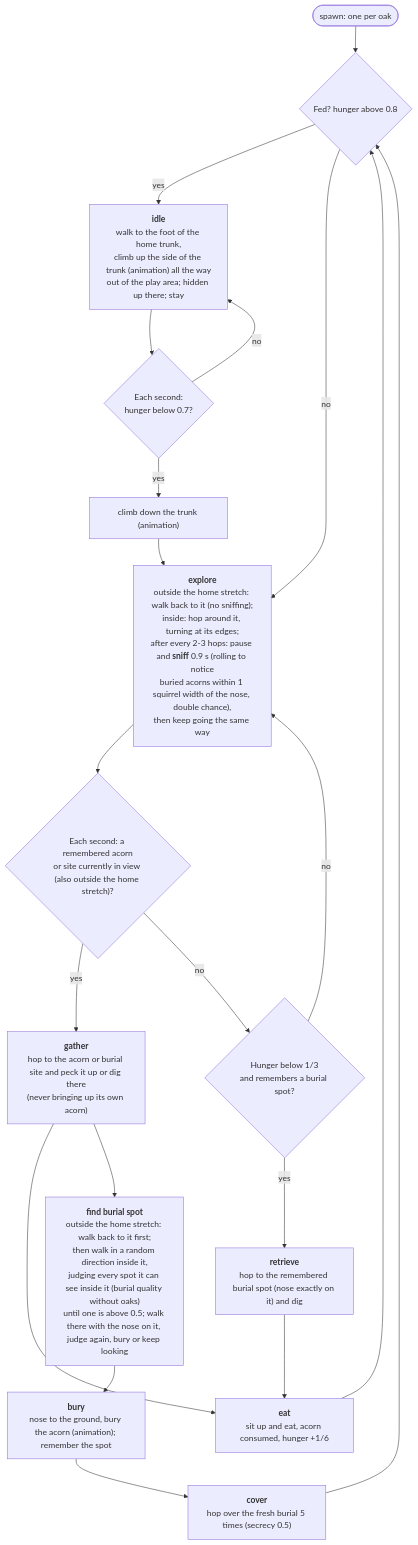
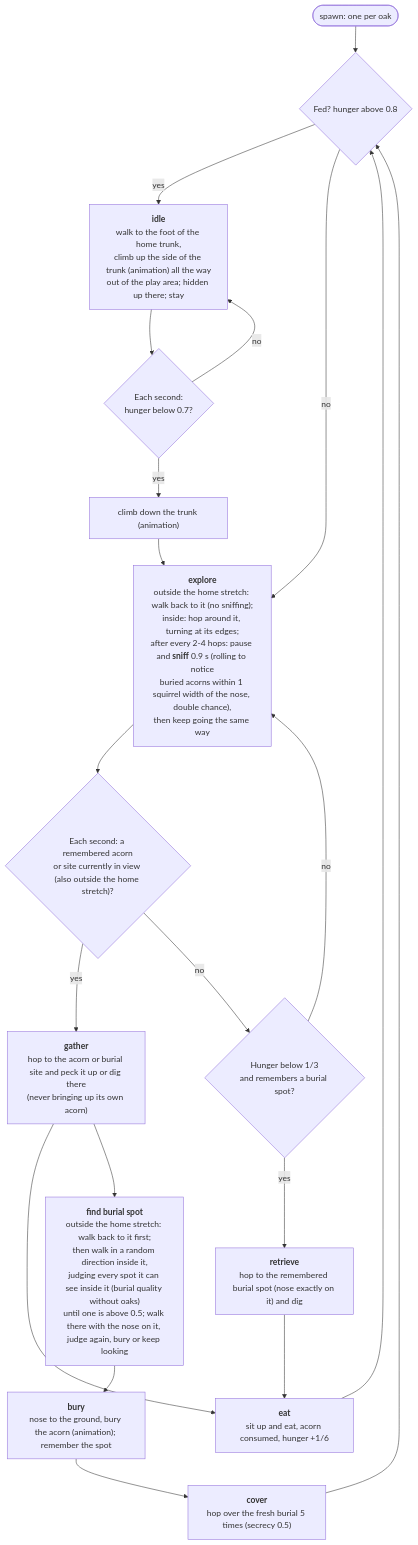
The diagram in SQUIRREL_STATE_MACHINE.md (adam-kosinski/Blue-Jay-Acorns), drawn with Mermaid before and after one commit. The commit also changed other lines of this file and 2 other files, not shown here.

Commit message:
Sync squirrel sniff interval from the worktree

````diff
--- a/SQUIRREL_STATE_MACHINE.md
+++ b/SQUIRREL_STATE_MACHINE.md
@@ -26,34 +26,34 @@
 ```mermaid
 flowchart TD
     START([spawn: one per oak]) --> rest
 
     rest{"Fed? hunger above 0.8"}
     rest -- "yes" --> idle
     rest -- "no" --> explore
 
     idle["<b>idle</b><br/>walk to the foot of the home trunk,<br/>climb up the side of the trunk (animation) all the way<br/>out of the play area; hidden up there; stay"]
     idle --> hungry{"Each second:<br/>hunger below 0.7?"}
     hungry -- "yes" --> down["climb down the trunk (animation)"]
     down --> explore
     hungry -- "no" --> idle
 
-    explore["<b>explore</b><br/>outside the home stretch: walk back to it (no sniffing);<br/>inside: hop around it, turning at its edges;<br/>after every 2-3 hops: pause and <b>sniff</b> 0.9 s (rolling to notice<br/>buried acorns within 1 squirrel width of the nose, double chance),<br/>then keep going the same way"]
+    explore["<b>explore</b><br/>outside the home stretch: walk back to it (no sniffing);<br/>inside: hop around it, turning at its edges;<br/>after every 2-4 hops: pause and <b>sniff</b> 0.9 s (rolling to notice<br/>buried acorns within 1 squirrel width of the nose, double chance),<br/>then keep going the same way"]
     explore --> sees{"Each second: a remembered acorn<br/>or site currently in view (also outside the home stretch)?"}
     sees -- "yes" --> gather
     sees -- "no" --> starving{"Hunger below 1/3<br/>and remembers a burial spot?"}
     starving -- "yes" --> retrieve
     starving -- "no" --> explore
 
     retrieve["<b>retrieve</b><br/>hop to the remembered burial spot (nose exactly on it) and dig"]
     gather["<b>gather</b><br/>hop to the acorn or burial site and peck it up or dig there<br/>(never bringing up its own acorn)"]
     eat["<b>eat</b><br/>sit up and eat, acorn consumed, hunger +1/6"]
     find["<b>find burial spot</b><br/>outside the home stretch: walk back to it first;<br/>then walk in a random direction inside it,<br/>judging every spot it can see inside it (burial quality without oaks)<br/>until one is above 0.5; walk there with the nose on it, judge again, bury or keep looking"]
     bury["<b>bury</b><br/>nose to the ground, bury the acorn (animation); remember the spot"]
     cover["<b>cover</b><br/>hop over the fresh burial 5 times (secrecy 0.5)"]
 
     retrieve --> eat
     gather --> eat
     gather --> find
     find --> bury --> cover --> rest
     eat --> rest
 ```
````
